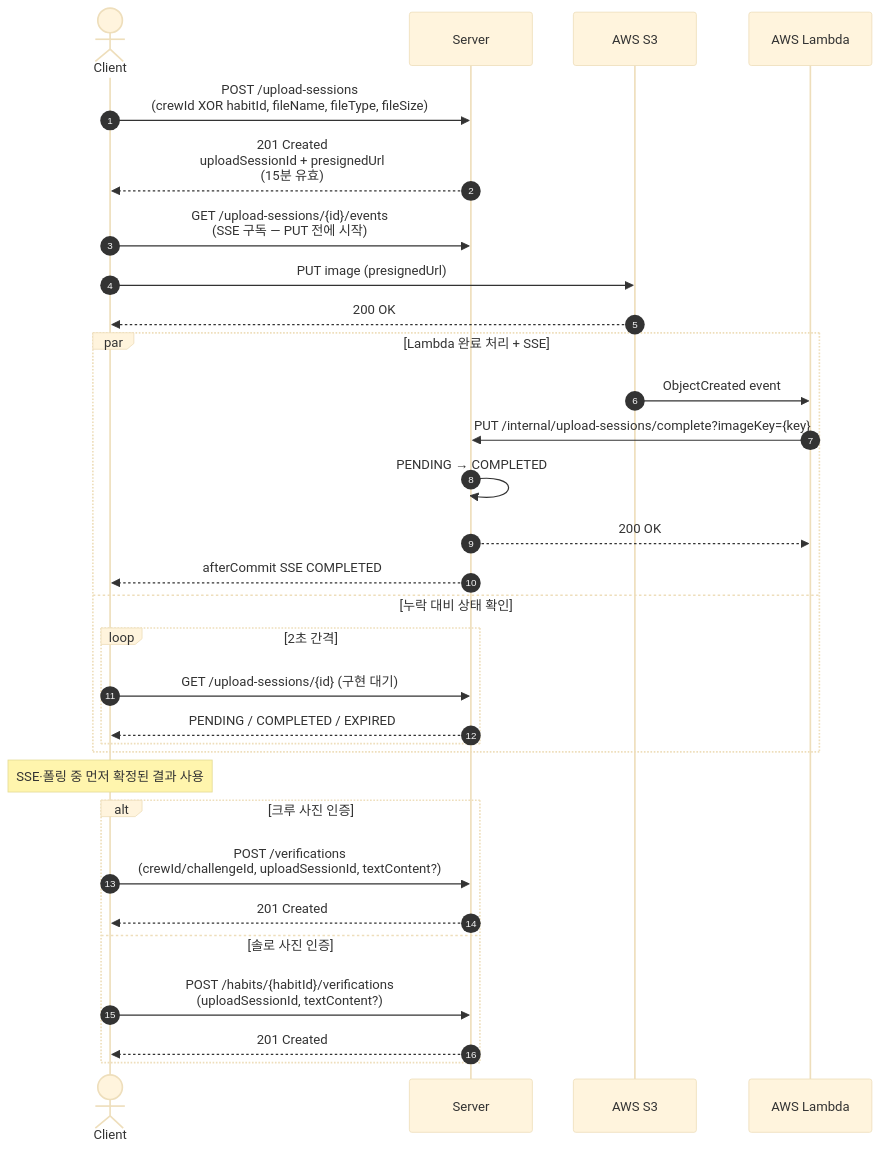
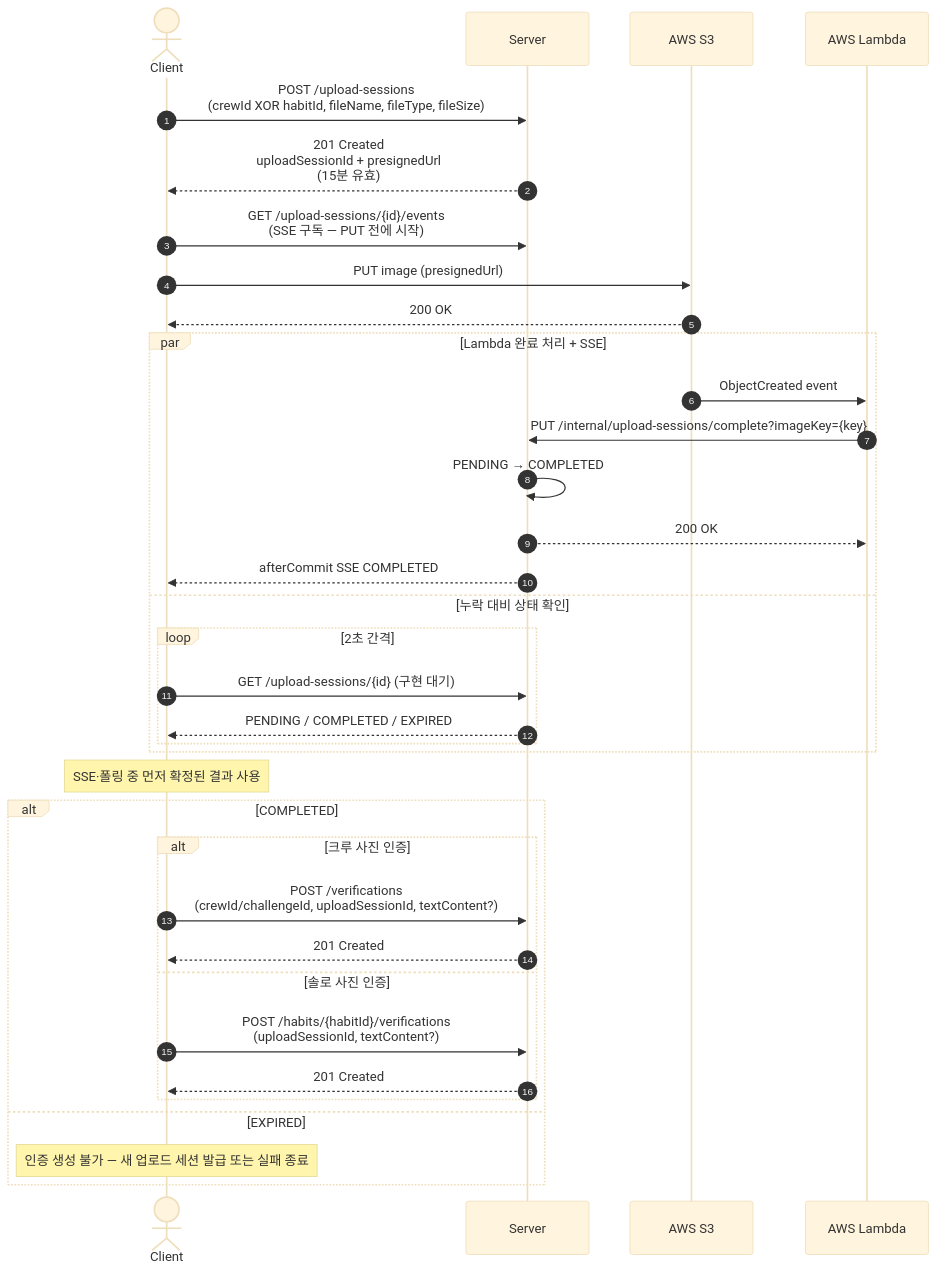
One commit to JianYang98/TriAgain changed the first of 4 diagrams in docs/spec/sequence/verification.md. Above: the diagram before and after it, drawn with Mermaid (base theme). The commit also changed 2 other files, not shown here.

Commit message:
docs: split EXPIRED from success flow, fix Habit node in context map
리뷰 재지적 2건 반영.

- EXPIRED가 성공 인증 흐름에 섞여 있었다. 82d773a에서 종료 판정에 EXPIRED를
  추가하면서 "COMPLETED 또는 EXPIRED 확인 → POST /verifications" 순서가 되어,
  만료 세션도 인증 생성으로 이어지는 것처럼 읽혔다.
  실제로는 CreateVerificationService와 CreateHabitVerificationService가
  UPLOAD_SESSION_EXPIRED(400, V006)를 던진다.
  api-spec.md 개요와 sequence/verification.md 다이어그램을 COMPLETED 성공 분기와
  EXPIRED 종료 분기로 나눈다.
- context-map.md의 표에서만 UploadSession 소유를 Verification으로 옮기고
  mermaid 노드 라벨은 Habit·업로드 세션으로 남아 있어 같은 파일 안에서 충돌했다.
  CreateUploadSessionService·CompleteUploadSessionService 모두
  verification.application에 있으므로 노드 라벨에서 업로드 세션을 제거한다.

````diff
--- a/docs/spec/sequence/verification.md
+++ b/docs/spec/sequence/verification.md
@@ -7,37 +7,41 @@
 ```mermaid
 sequenceDiagram
     autonumber
     actor Client
     participant Server
     participant S3 as AWS S3
     participant Lambda as AWS Lambda
 
     Client->>Server: POST /upload-sessions<br/>(crewId XOR habitId, fileName, fileType, fileSize)
     Server-->>Client: 201 Created<br/>uploadSessionId + presignedUrl<br/>(15분 유효)
 
     Client->>Server: GET /upload-sessions/{id}/events<br/>(SSE 구독 — PUT 전에 시작)
     Client->>S3: PUT image (presignedUrl)
     S3-->>Client: 200 OK
 
     par Lambda 완료 처리 + SSE
         S3->>Lambda: ObjectCreated event
         Lambda->>Server: PUT /internal/upload-sessions/complete?imageKey={key}
         Server->>Server: PENDING → COMPLETED
         Server-->>Lambda: 200 OK
         Server-->>Client: afterCommit SSE COMPLETED
     and 누락 대비 상태 확인
         loop 2초 간격
             Client->>Server: GET /upload-sessions/{id} (구현 대기)
             Server-->>Client: PENDING / COMPLETED / EXPIRED
         end
     end
 
     Note over Client: SSE·폴링 중 먼저 확정된 결과 사용
-    alt 크루 사진 인증
-        Client->>Server: POST /verifications<br/>(crewId/challengeId, uploadSessionId, textContent?)
-        Server-->>Client: 201 Created
-    else 솔로 사진 인증
-        Client->>Server: POST /habits/{habitId}/verifications<br/>(uploadSessionId, textContent?)
-        Server-->>Client: 201 Created
+    alt COMPLETED
+        alt 크루 사진 인증
+            Client->>Server: POST /verifications<br/>(crewId/challengeId, uploadSessionId, textContent?)
+            Server-->>Client: 201 Created
+        else 솔로 사진 인증
+            Client->>Server: POST /habits/{habitId}/verifications<br/>(uploadSessionId, textContent?)
+            Server-->>Client: 201 Created
+        end
+    else EXPIRED
+        Note over Client: 인증 생성 불가 — 새 업로드 세션 발급 또는 실패 종료
     end
 ```
````
